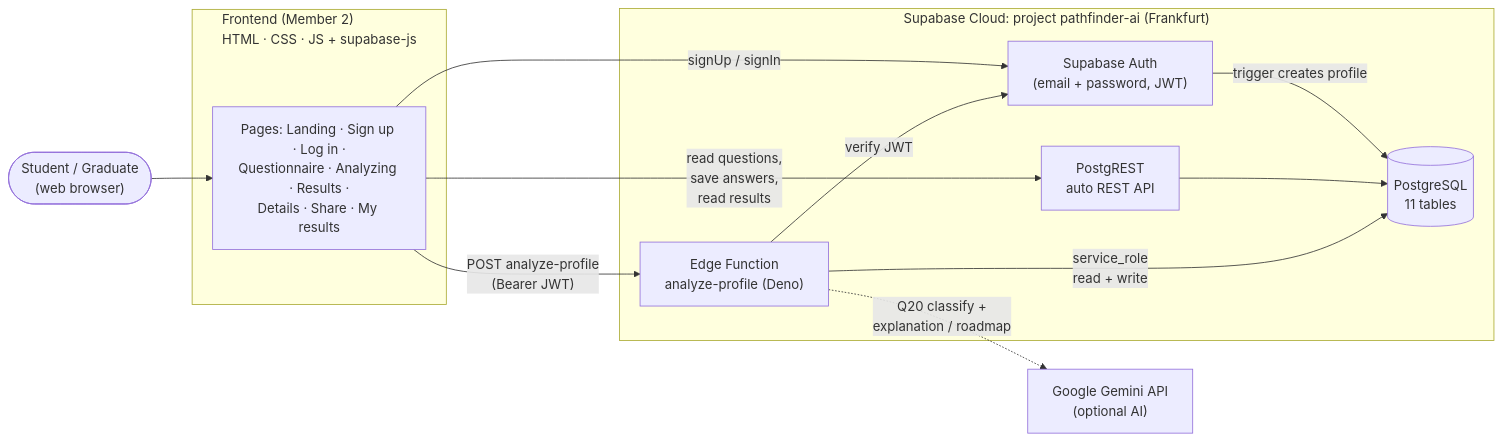
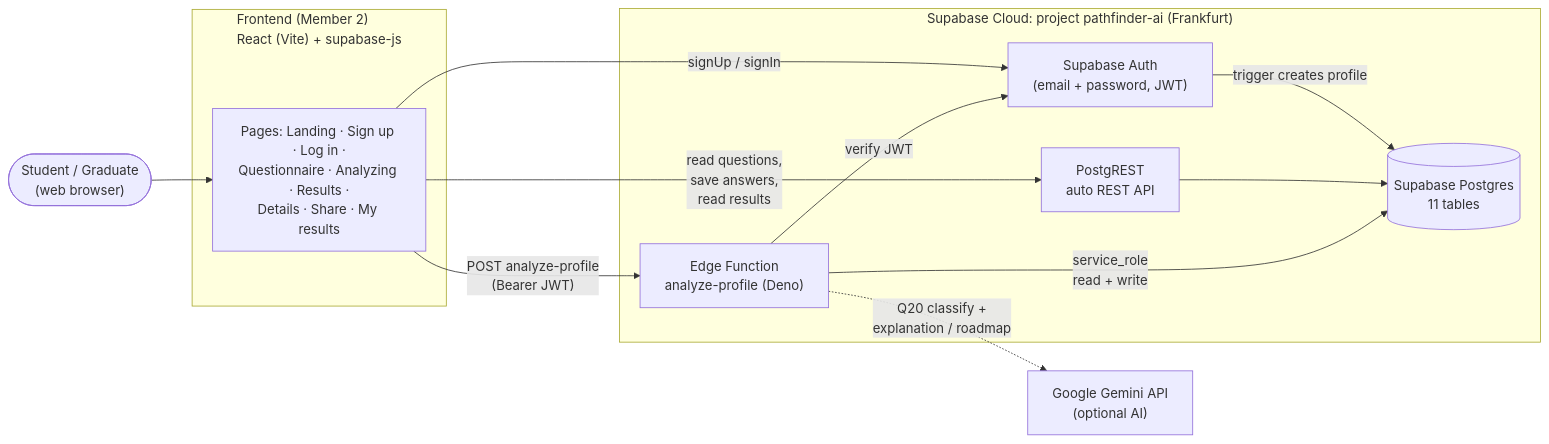
Before and after one commit to nooraldeny3-svg/pathfinder-backend: the diagram in docs/diagrams/01-system-context.mmd, drawn with Mermaid. The commit also changed 12 other files, not shown here.

Commit message:
docs: architecture v1.1 - React + Supabase + Gemini

```diff
--- a/docs/diagrams/01-system-context.mmd
+++ b/docs/diagrams/01-system-context.mmd
@@ -1,22 +1,22 @@
 flowchart LR
     student(["Student / Graduate<br/>(web browser)"])
-    subgraph FE["Frontend (Member 2)<br/>HTML · CSS · JS + supabase-js"]
+    subgraph FE["Frontend (Member 2)<br/>React (Vite) + supabase-js"]
         ui["Pages: Landing · Sign up · Log in ·<br/>Questionnaire · Analyzing · Results ·<br/>Details · Share · My results"]
     end
     subgraph SB["Supabase Cloud: project pathfinder-ai (Frankfurt)"]
         auth["Supabase Auth<br/>(email + password, JWT)"]
         rest["PostgREST<br/>auto REST API"]
         edge["Edge Function<br/>analyze-profile (Deno)"]
-        db[("PostgreSQL<br/>11 tables")]
+        db[("Supabase Postgres<br/>11 tables")]
     end
     gemini["Google Gemini API<br/>(optional AI)"]
 
     student --> ui
     ui -- "signUp / signIn" --> auth
     ui -- "read questions,<br/>save answers,<br/>read results" --> rest
     ui -- "POST analyze-profile<br/>(Bearer JWT)" --> edge
     auth -- "trigger creates profile" --> db
     rest --> db
     edge -- "verify JWT" --> auth
     edge -- "service_role<br/>read + write" --> db
     edge -. "Q20 classify +<br/>explanation / roadmap" .-> gemini
```
